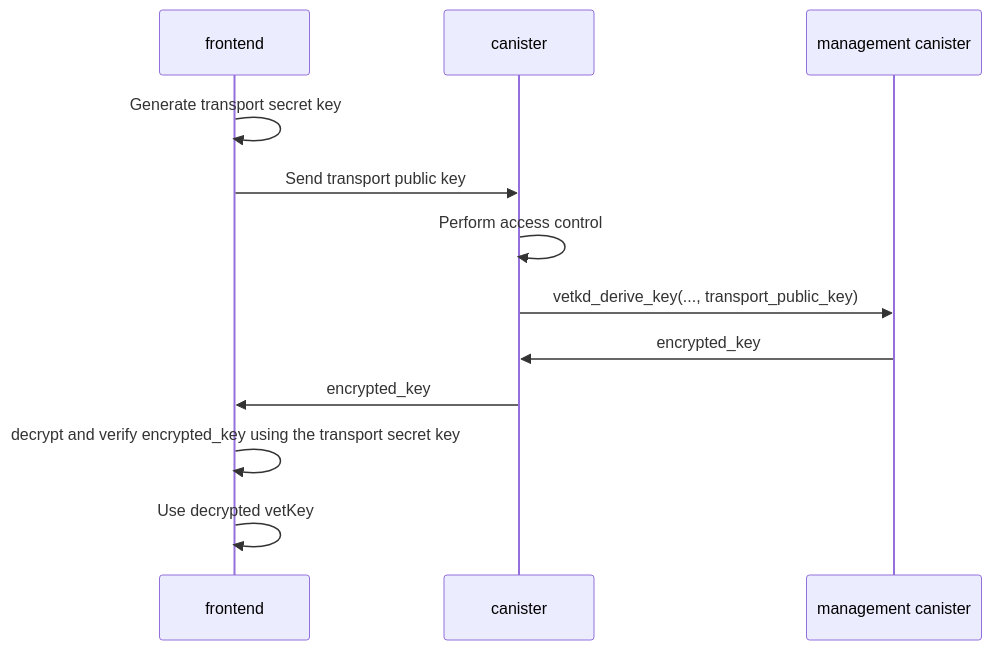
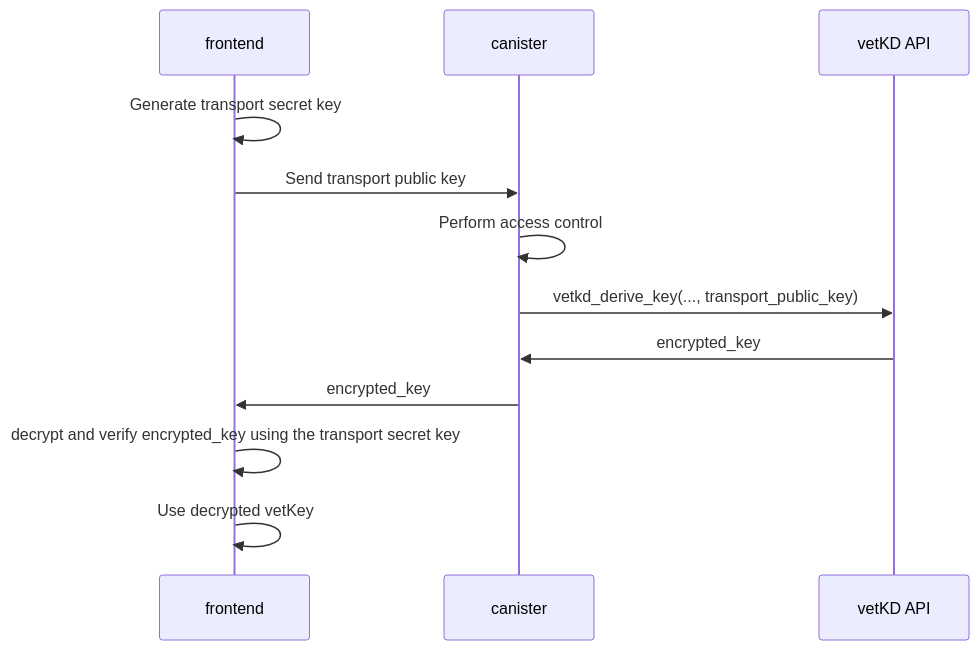
One commit to dfinity/portal changed the diagram in docs/building-apps/network-features/vetkeys/api.mdx. Above: the diagram before and after it, drawn with Mermaid.

Commit message:
vetKD API in diagram

````diff
--- a/docs/building-apps/network-features/vetkeys/api.mdx
+++ b/docs/building-apps/network-features/vetkeys/api.mdx
@@ -40,15 +40,15 @@
 ```mermaid
 sequenceDiagram
     participant Frontend as frontend
     participant Canister as canister
-    participant ManagementCanister as management canister
+    participant ManagementCanister as vetKD API
 
     Frontend->>Frontend: Generate transport secret key
     Frontend->>Canister: Send transport public key
     Canister->>Canister: Perform access control
     Canister->>ManagementCanister: vetkd_derive_key(..., transport_public_key)
     ManagementCanister->>Canister: encrypted_key
     Canister->>Frontend: encrypted_key
     Frontend->>Frontend: decrypt and verify encrypted_key using the transport secret key
     Frontend->>Frontend: Use decrypted vetKey
 ```
````
